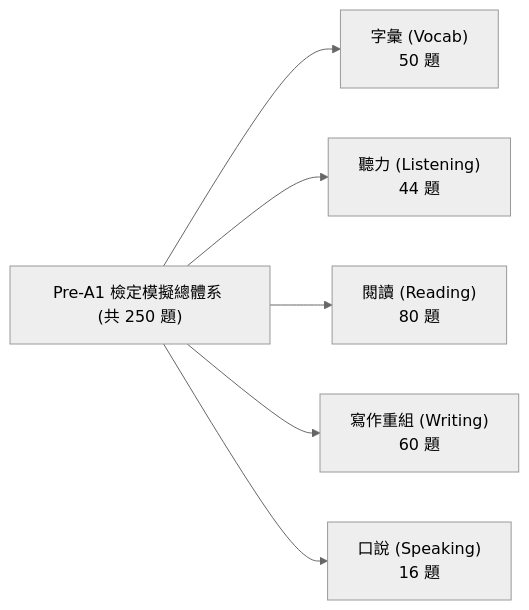
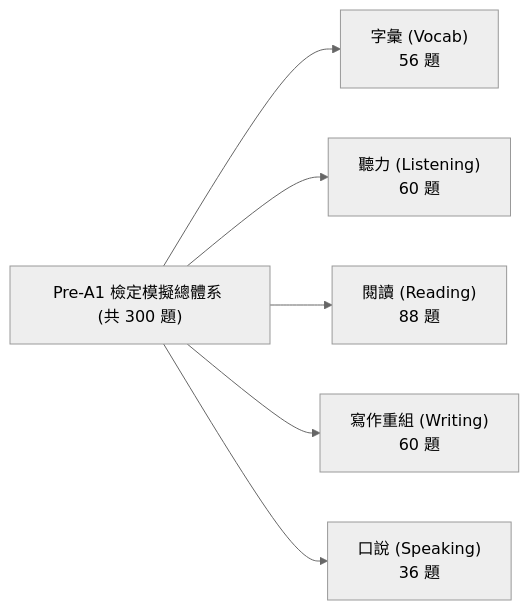
The diagram in docs/exam/TME_PRE_A1_EXAM_SPEC_AND_GUIDE.md (u864001/wutaivocab), drawn with Mermaid (neutral theme) before and after one commit. The commit also changed other lines of this file and 11 other files, not shown here.

````diff
--- a/docs/exam/TME_PRE_A1_EXAM_SPEC_AND_GUIDE.md
+++ b/docs/exam/TME_PRE_A1_EXAM_SPEC_AND_GUIDE.md
@@ -12,8 +12,8 @@
 ```mermaid
 flowchart LR
-    A["Pre-A1 檢定模擬總體系 (共 250 題)"] --> B["字彙 (Vocab)<br/>50 題"]
-    A --> C["聽力 (Listening)<br/>44 題"]
-    A --> D["閱讀 (Reading)<br/>80 題"]
+    A["Pre-A1 檢定模擬總體系 (共 300 題)"] --> B["字彙 (Vocab)<br/>56 題"]
+    A --> C["聽力 (Listening)<br/>60 題"]
+    A --> D["閱讀 (Reading)<br/>88 題"]
     A --> E["寫作重組 (Writing)<br/>60 題"]
-    A --> F["口說 (Speaking)<br/>16 題"]
+    A --> F["口說 (Speaking)<br/>36 題"]
 ```
````
